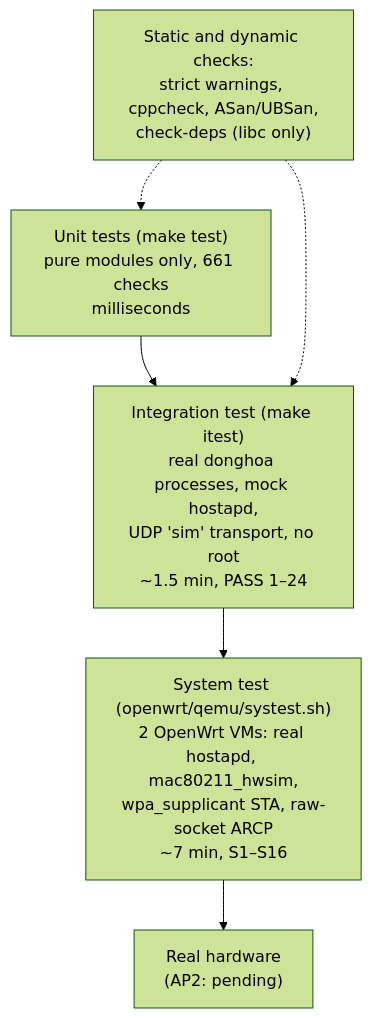
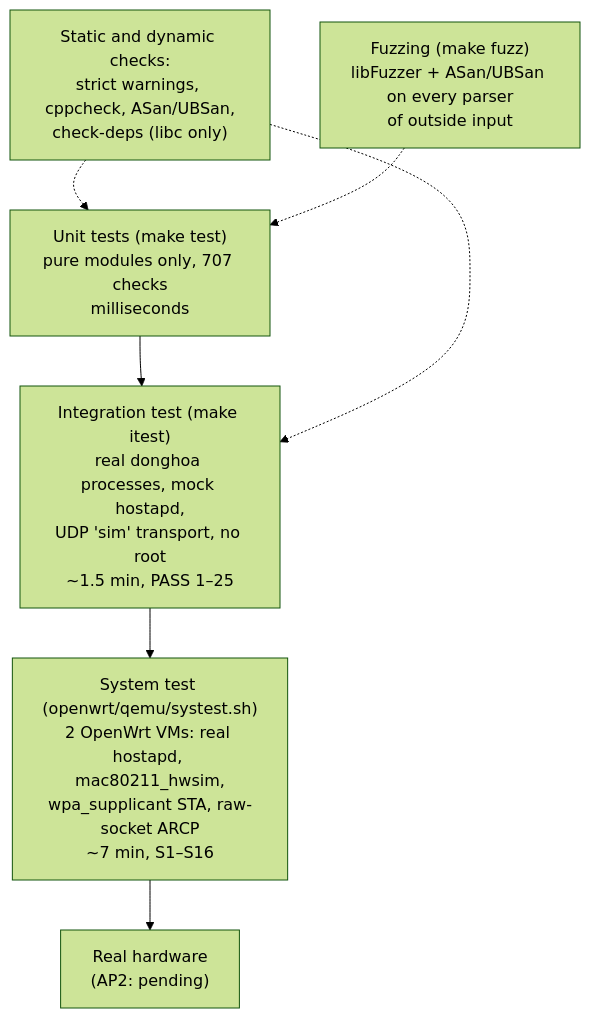
Before and after one commit to ducndc/DongHoa: the diagram in docs/features/14-verification.md, drawn with Mermaid (forest theme). The commit also changed other lines of this file and 31 other files, not shown here.

````diff
--- a/docs/features/14-verification.md
+++ b/docs/features/14-verification.md
@@ -9,8 +9,9 @@
 ```mermaid
 flowchart TB
-    U["Unit tests (make test)<br/>pure modules only, 661 checks<br/>milliseconds"] --> I["Integration test (make itest)<br/>real donghoa processes, mock hostapd,<br/>UDP 'sim' transport, no root<br/>~1.5 min, PASS 1–24"]
+    U["Unit tests (make test)<br/>pure modules only, 707 checks<br/>milliseconds"] --> I["Integration test (make itest)<br/>real donghoa processes, mock hostapd,<br/>UDP 'sim' transport, no root<br/>~1.5 min, PASS 1–25"]
     I --> Q["System test (openwrt/qemu/systest.sh)<br/>2 OpenWrt VMs: real hostapd, mac80211_hwsim,<br/>wpa_supplicant STA, raw-socket ARCP<br/>~7 min, S1–S16"]
     Q --> H["Real hardware<br/>(AP2: pending)"]
     S["Static and dynamic checks:<br/>strict warnings, cppcheck, ASan/UBSan,<br/>check-deps (libc only)"] -.-> U
+    F["Fuzzing (make fuzz)<br/>libFuzzer + ASan/UBSan on every parser<br/>of outside input"] -.-> U
     S -.-> I
 ```
````
